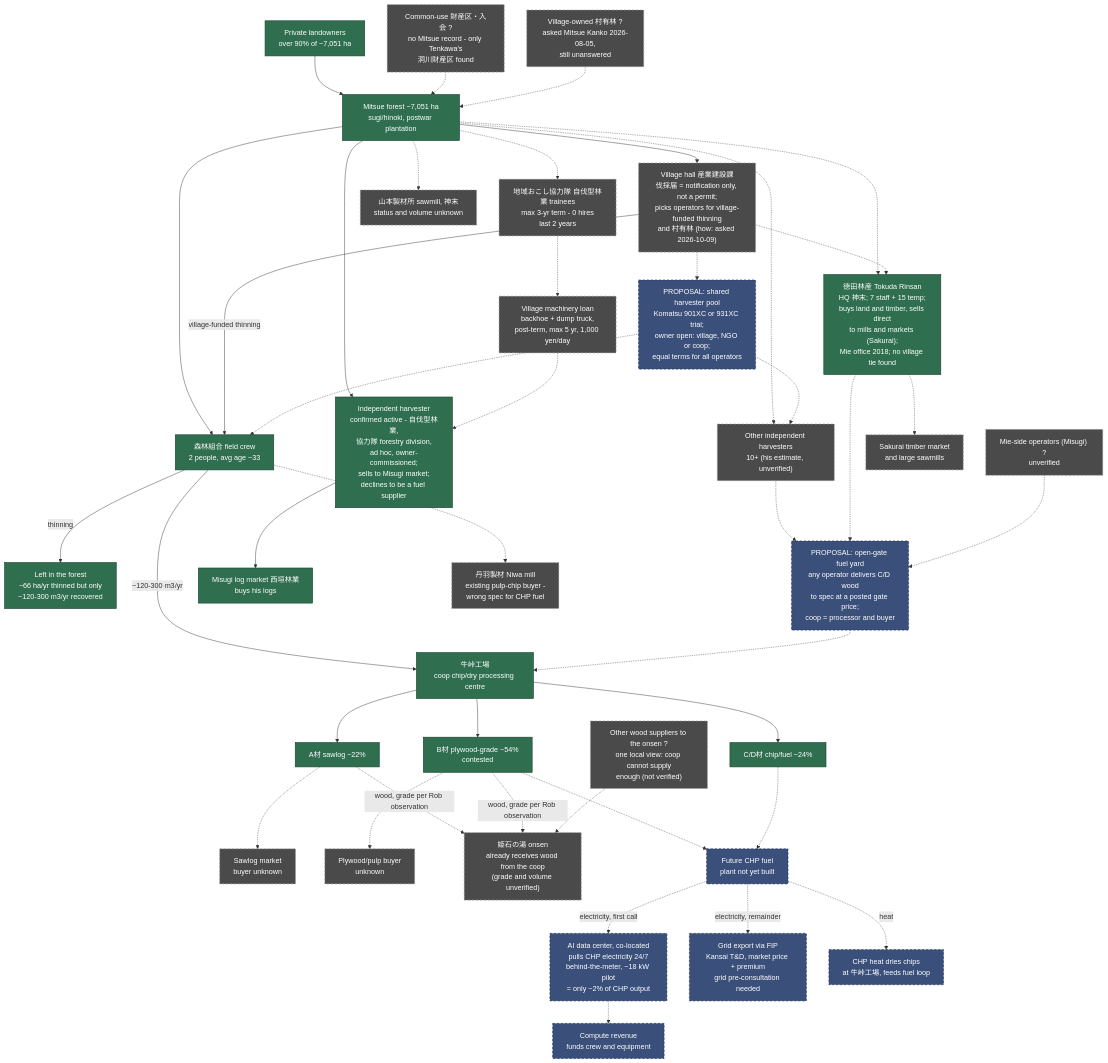
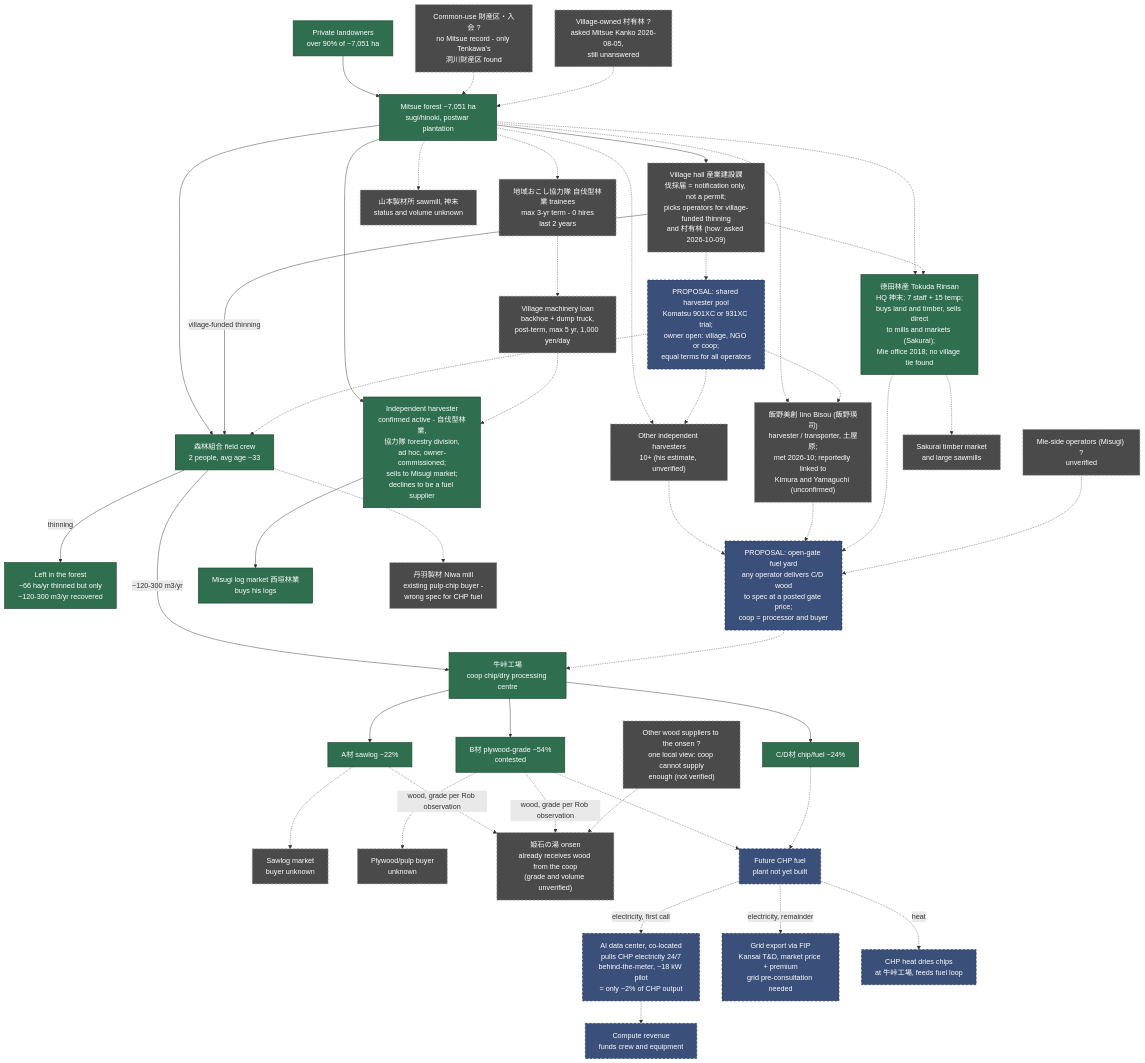
The diagram in docs/energy-forest/workforce/mitsue_forest_supply_chain_diagram.md (robouden/mitsue-ai-data-center), drawn with Mermaid before and after one commit. The commit also changed other lines of this file and 15 other files, not shown here.

Commit message:
Add village thinning plan R6-R8 scan + Excel, Ohba second-email questions, Kimura family thank-you note, SANSEI kiri/moisture notes; update fuel demand, supply chain diagram, people register

````diff
--- a/docs/energy-forest/workforce/mitsue_forest_supply_chain_diagram.md
+++ b/docs/energy-forest/workforce/mitsue_forest_supply_chain_diagram.md
@@ -26,6 +26,7 @@
     coopcrew["森林組合 field crew<br/>2 people, avg age ~33"]
     yamaguchi["Independent harvester<br/>confirmed active - 自伐型林業,<br/>協力隊 forestry division,<br/>ad hoc, owner-commissioned;<br/>sells to Misugi market;<br/>declines to be a fuel supplier"]
     tokuda["徳田林産 Tokuda Rinsan<br/>HQ 神末; 7 staff + 15 temp;<br/>buys land and timber, sells direct<br/>to mills and markets (Sakurai);<br/>Mie office 2018; no village tie found"]
+    iino["飯野美創 Iino Bisou (飯野瑛司)<br/>harvester / transporter, 土屋原;<br/>met 2026-10; reportedly linked to<br/>Kimura and Yamaguchi (unconfirmed)"]
     otherindep["Other independent harvesters<br/>10+ (his estimate, unverified)"]
     miesup["Mie-side operators (Misugi) ?<br/>unverified"]
     corps["地域おこし協力隊 自伐型林業 trainees<br/>max 3-yr term - 0 hires<br/>last 2 years"]
@@ -35,6 +36,7 @@
     forest --> yamaguchi
     forest -.-> tokuda
     forest -.-> otherindep
+    forest -.-> iino
     forest -.-> corps
     corps -.-> loan
     loan -.-> yamaguchi
@@ -49,6 +51,7 @@
 
     gate["PROPOSAL: open-gate fuel yard<br/>any operator delivers C/D wood<br/>to spec at a posted gate price;<br/>coop = processor and buyer"]
     otherindep -.-> gate
+    iino -.-> gate
     tokuda -.-> gate
     miesup -.-> gate
     gate -.-> mill
@@ -56,6 +59,7 @@
     machine["PROPOSAL: shared harvester pool<br/>Komatsu 901XC or 931XC trial;<br/>owner open: village, NGO or coop;<br/>equal terms for all operators"]
     machine -.-> coopcrew
     machine -.-> otherindep
+    machine -.-> iino
     vh -.-> machine
 
     misugi["Misugi log market 西垣林業<br/>buys his logs"]
@@ -98,6 +102,6 @@
     classDef future fill:#3a4f7a,stroke:#22315c,stroke-width:1.4px,color:#ffffff,stroke-dasharray:5 4
 
     class own1,forest,coopcrew,yamaguchi,tokuda,leftover,mill,gA,gB,gCD,misugi known
-    class own2,own3,vh,otherindep,miesup,corps,loan,sawmkt,sakurai,yamamoto,plymkt,niwa,onsen,othersup unknown
+    class own2,own3,vh,iino,otherindep,miesup,corps,loan,sawmkt,sakurai,yamamoto,plymkt,niwa,onsen,othersup unknown
     class chp,dc,grid,dry,compute,gate,machine future
 ```
````
